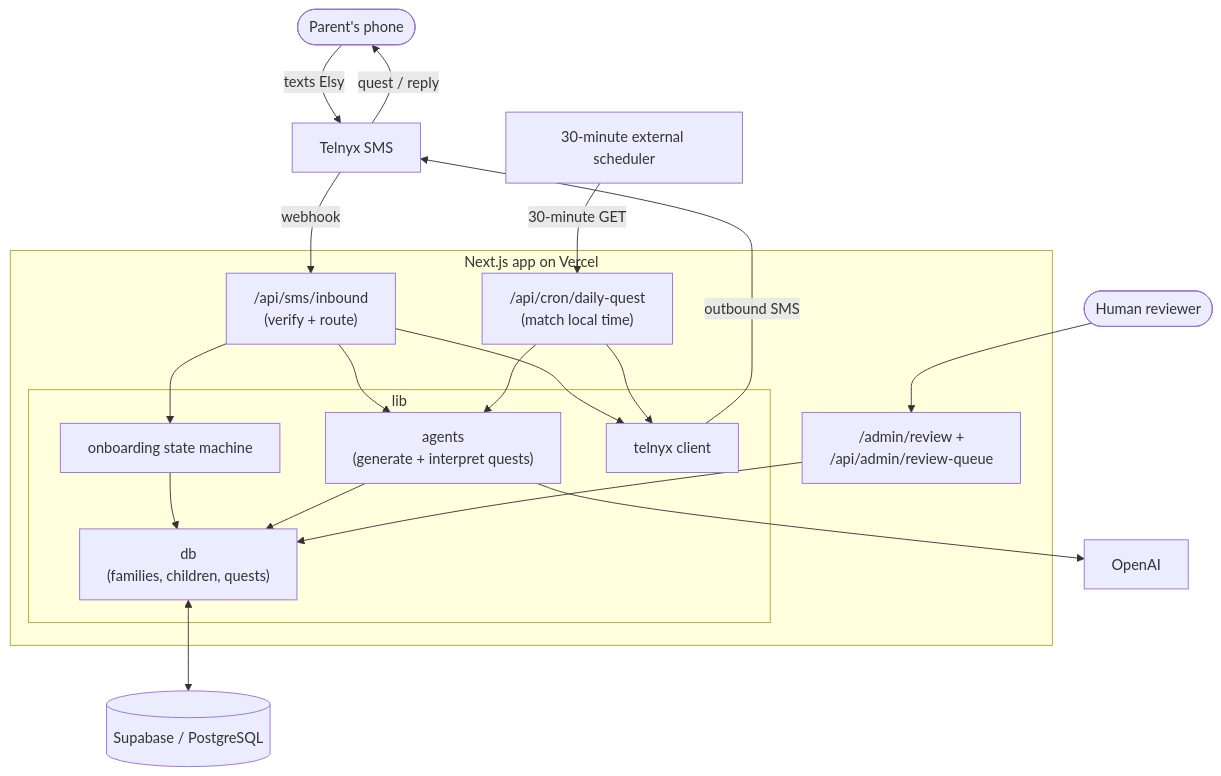
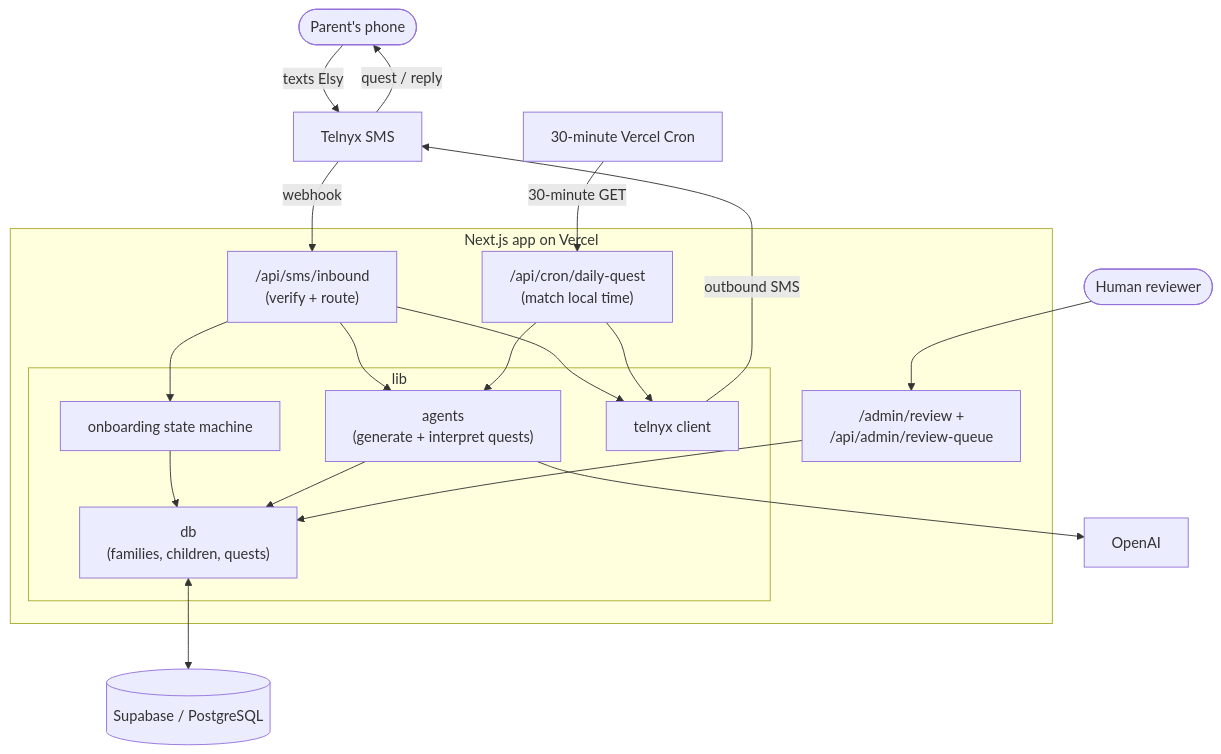
The diagram in README.md (yiyaw-lab/thinkelse), drawn with Mermaid before and after one commit. The commit also changed other lines of this file and 3 other files, not shown here.

Commit message:
Use Vercel Cron for Coaur Pro (#6)

````diff
--- a/README.md
+++ b/README.md
@@ -37,40 +37,40 @@
 ```mermaid
 flowchart TD
     Parent([Parent's phone])
     Telnyx[Telnyx SMS]
-    Scheduler[30-minute external scheduler]
+    Scheduler[30-minute Vercel Cron]
 
     subgraph App[Next.js app on Vercel]
         Inbound["/api/sms/inbound<br/>(verify + route)"]
         Cron["/api/cron/daily-quest<br/>(match local time)"]
         Admin["/admin/review +<br/>/api/admin/review-queue"]
 
         subgraph Lib[lib]
             Onboard[onboarding state machine]
             Agents["agents<br/>(generate + interpret quests)"]
             DB["db<br/>(families, children, quests)"]
             TelnyxLib[telnyx client]
         end
     end
 
     OpenAI[OpenAI]
     Supabase[(Supabase / PostgreSQL)]
     Reviewer([Human reviewer])
 
     Parent -->|texts Elsy| Telnyx -->|webhook| Inbound
     Scheduler -->|30-minute GET| Cron
 
     Inbound --> Onboard
     Inbound --> Agents
     Cron --> Agents
     Agents --> OpenAI
     Onboard --> DB
     Agents --> DB
     DB <--> Supabase
 
     Inbound --> TelnyxLib
     Cron --> TelnyxLib
     TelnyxLib -->|outbound SMS| Telnyx -->|quest / reply| Parent
 
     Reviewer --> Admin --> DB
 ```
````
